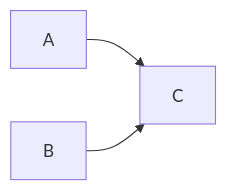
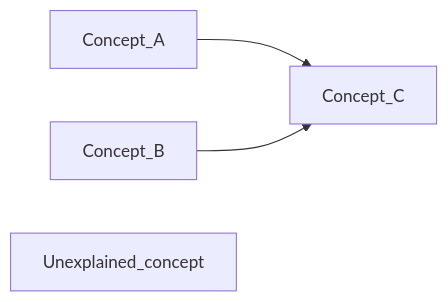
One commit to bm2-lab/CausCell changed the diagram in README.md. Above: the diagram before and after it, drawn with Mermaid.

````diff
--- a/README.md
+++ b/README.md
@@ -15,5 +15,6 @@
 ```mermaid
 graph LR
-    A --> C
-    B --> C
+    Concept_A --> Concept_C
+    Concept_B --> Concept_C
+    Unexplained_concept
 ```
````
